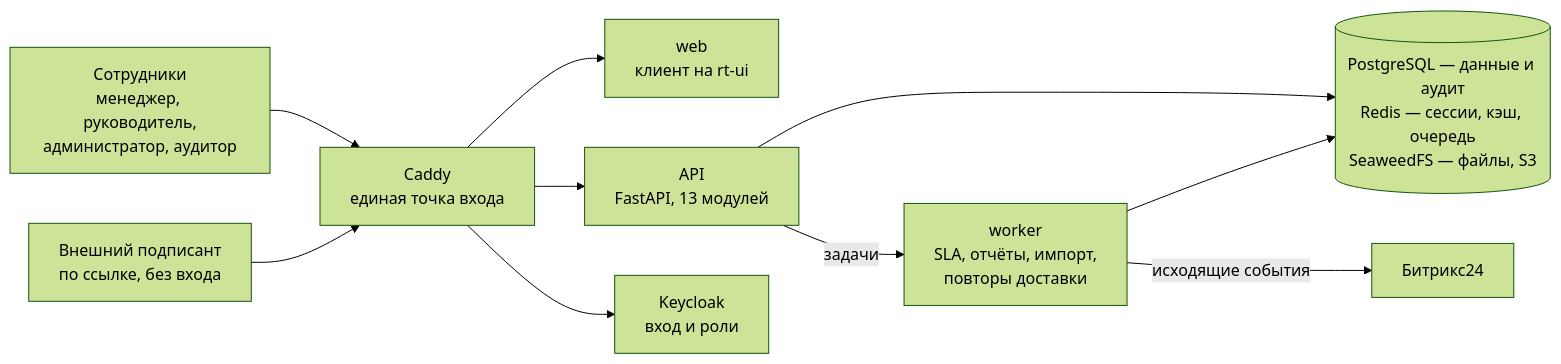
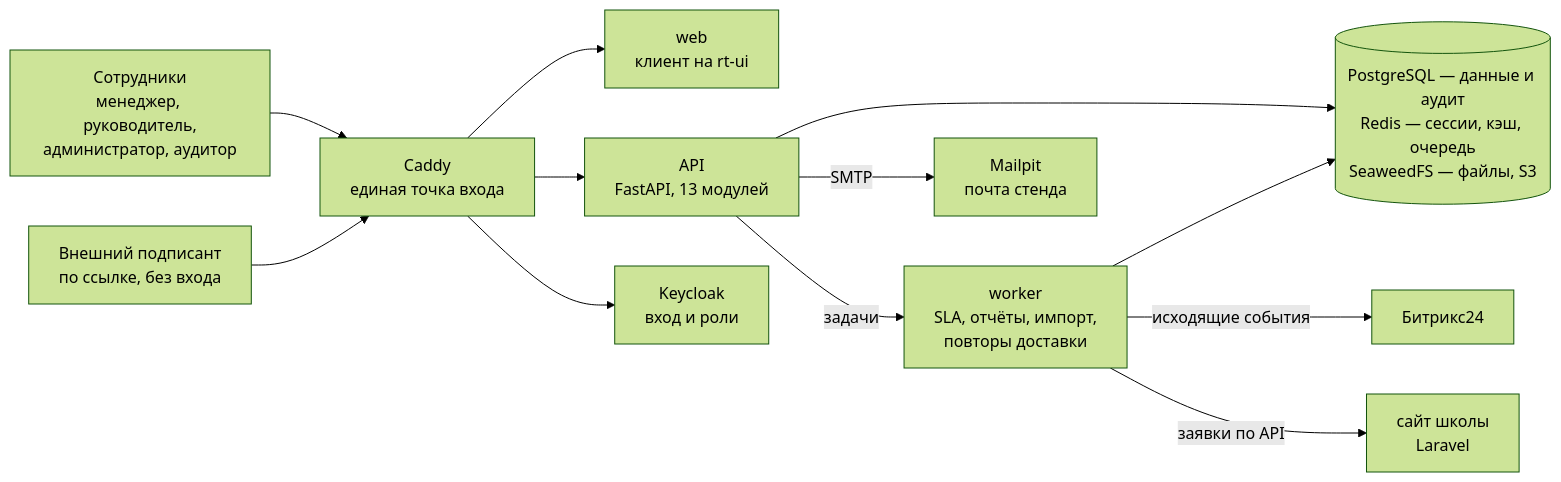
Before and after one commit to lct-testkit/.github: the first of 2 diagrams in profile/README.md, drawn with Mermaid (forest theme). The commit also changed other lines of this file and 2 other files, not shown here.

Commit message:
docs(профиль): витрина организации под v0.6.1, блок «Новое в 0.6.1», кадры почты стенда и сайта школы

````diff
--- a/profile/README.md
+++ b/profile/README.md
@@ -57,12 +92,14 @@
 ```mermaid
 flowchart LR
   U["Сотрудники<br/>менеджер, руководитель,<br/>администратор, аудитор"] --> CD
   X["Внешний подписант<br/>по ссылке, без входа"] --> CD
   CD["Caddy<br/>единая точка входа"] --> WEB["web<br/>клиент на rt-ui"]
   CD --> API["API<br/>FastAPI, 13 модулей"]
   CD --> KC["Keycloak<br/>вход и роли"]
   API --> DATA[("PostgreSQL — данные и аудит<br/>Redis — сессии, кэш, очередь<br/>SeaweedFS — файлы, S3")]
   API -->|"задачи"| WK["worker<br/>SLA, отчёты, импорт,<br/>повторы доставки"]
   WK --> DATA
   WK -->|"исходящие события"| BX["Битрикс24"]
+  API -->|"SMTP"| ML["Mailpit<br/>почта стенда"]
+  WK -->|"заявки по API"| SITE["сайт школы<br/>Laravel"]
 ```
````
